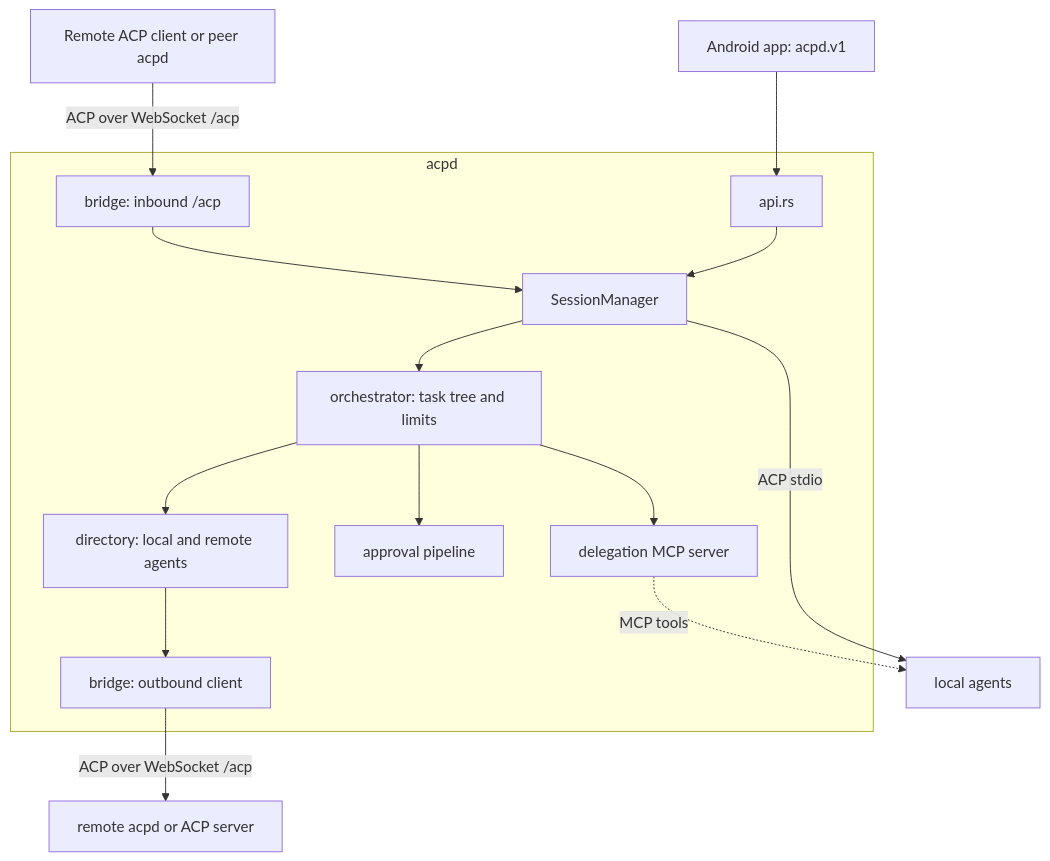
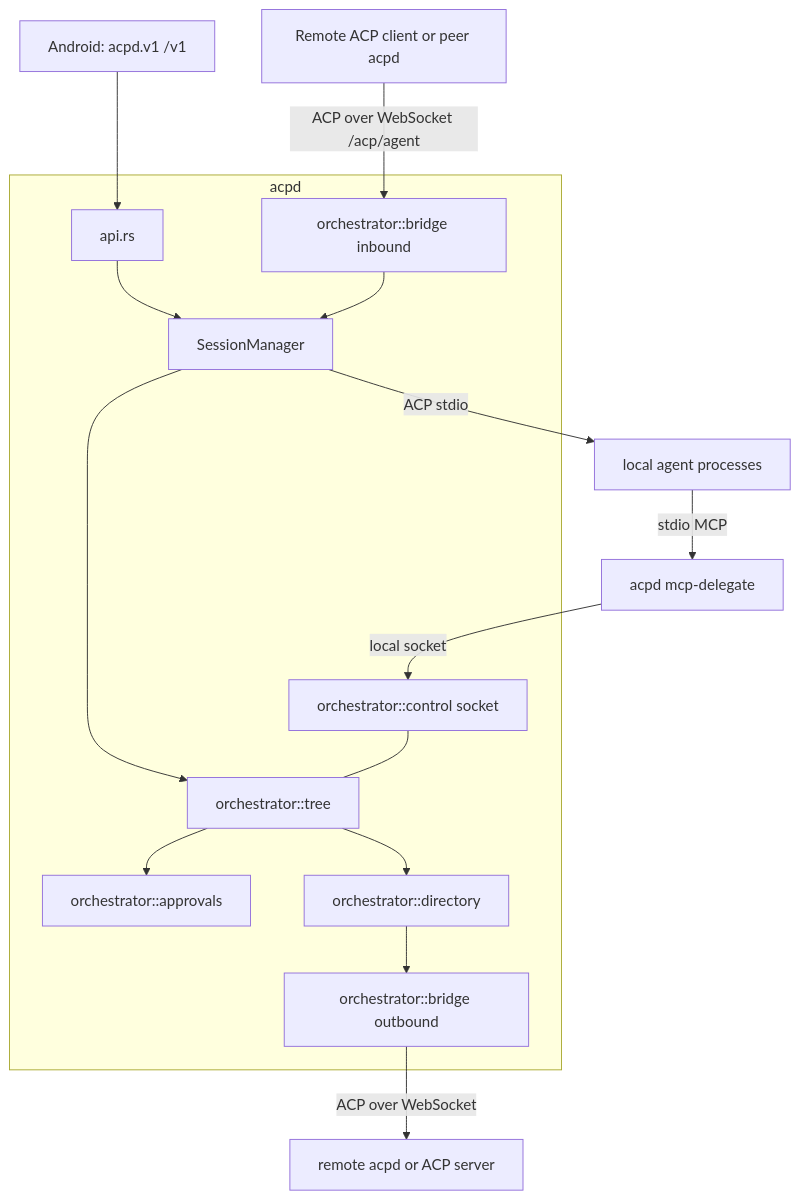
Before and after one commit to 0xbasinas/acportal: the diagram in docs/orchestrator-design.md, drawn with Mermaid. The commit also changed other lines of this file, not shown here.

First line of the commit message:
Make orchestrator specification concrete

````diff
--- a/docs/orchestrator-design.md
+++ b/docs/orchestrator-design.md
@@ -52,17 +81,18 @@
 ```mermaid
 flowchart TD
-    Phone[Android app: acpd.v1] --> API
-    Peer[Remote ACP client or peer acpd] -->|ACP over WebSocket /acp| Bridge
+    Phone[Android: acpd.v1 /v1] --> API
+    Peer[Remote ACP client or peer acpd] -->|ACP over WebSocket /acp/agent| Bridge
     subgraph acpd
       API[api.rs] --> SM[SessionManager]
-      Bridge[bridge: inbound /acp] --> SM
-      SM --> Tree[orchestrator: task tree and limits]
-      Tree --> Deleg[delegation MCP server]
-      Tree --> Pol[approval pipeline]
-      Tree --> Dir[directory: local and remote agents]
-      Dir --> Out[bridge: outbound client]
+      Bridge[orchestrator::bridge inbound] --> SM
+      SM --> Tree[orchestrator::tree]
+      Tree --> Gate[orchestrator::approvals]
+      Tree --> Dir[orchestrator::directory]
+      Dir --> Out[orchestrator::bridge outbound]
+      Ctl[orchestrator::control socket] --- Tree
     end
-    SM -->|ACP stdio| Local[local agents]
-    Out -->|ACP over WebSocket /acp| Remote[remote acpd or ACP server]
-    Deleg -.MCP tools.-> Local
+    SM -->|ACP stdio| Local[local agent processes]
+    Local -->|stdio MCP| Del[acpd mcp-delegate]
+    Del -->|local socket| Ctl
+    Out -->|ACP over WebSocket| Remote[remote acpd or ACP server]
 ```
````
